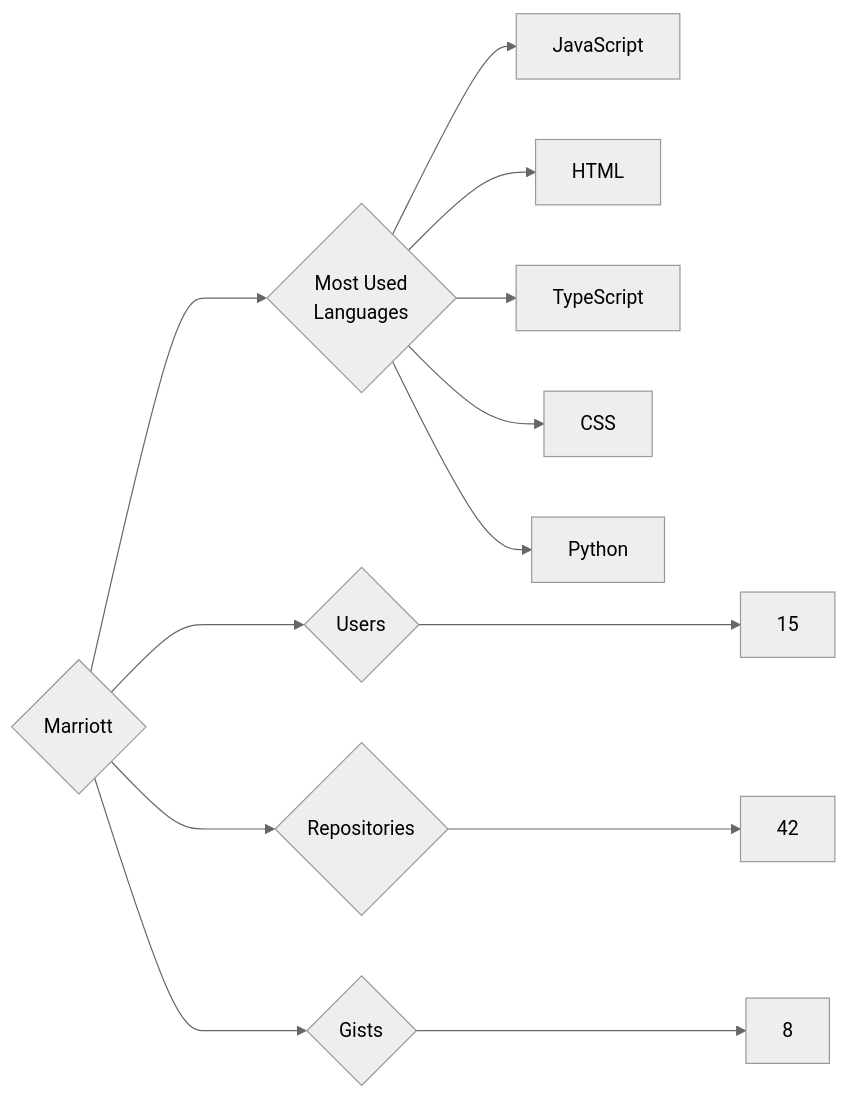
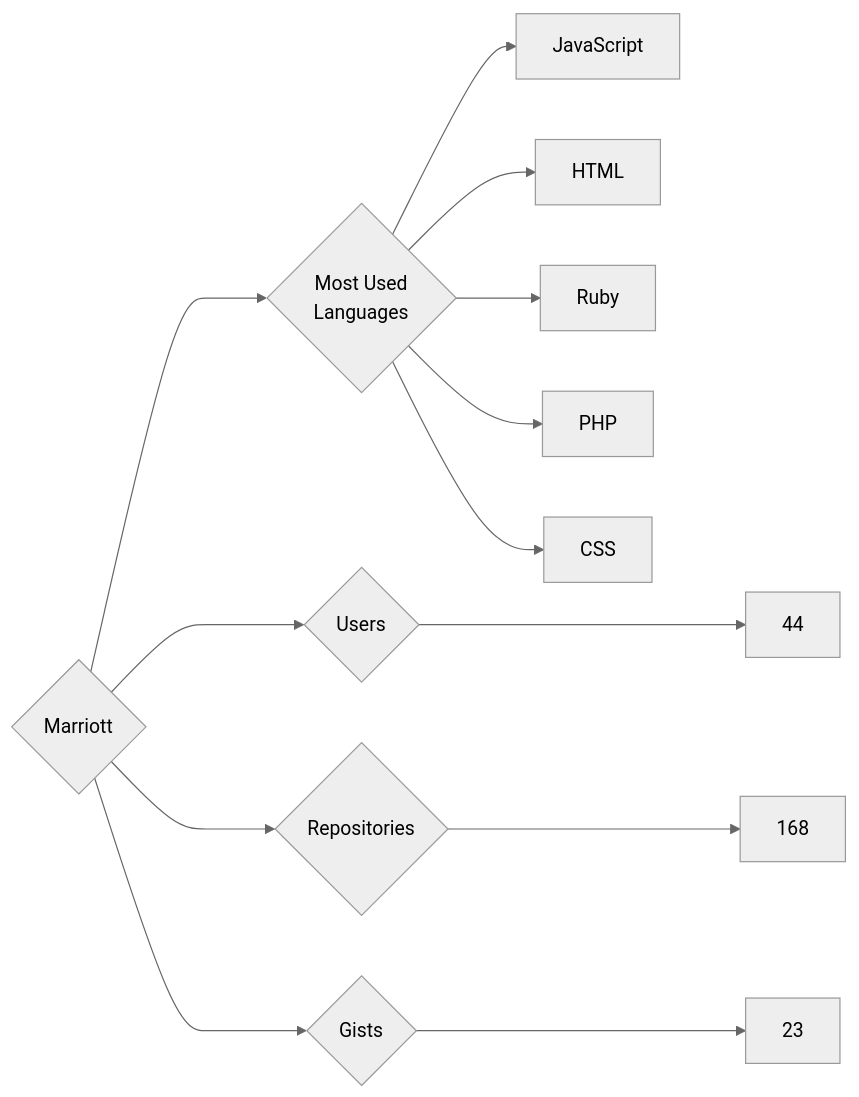
The diagram in targets/Marriott/README.md (trickest/insiders), drawn with Mermaid (neutral theme) before and after one commit. The commit also changed 964 other files, not shown here.

````diff
--- a/targets/Marriott/README.md
+++ b/targets/Marriott/README.md
@@ -3,13 +3,13 @@
 ```mermaid
 graph LR
 COMPANY_NAME{Marriott}
-COMPANY_NAME ---> U{Users} ---> UN[15]
-COMPANY_NAME ---> R{Repositories} ---> RN[42]
-COMPANY_NAME ---> G{Gists} ---> GN[8]
+COMPANY_NAME ---> U{Users} ---> UN[44]
+COMPANY_NAME ---> R{Repositories} ---> RN[168]
+COMPANY_NAME ---> G{Gists} ---> GN[23]
 COMPANY_NAME ---> ML{Most Used<br>Languages}
 ML --> JavaScript[JavaScript]
 ML --> HTML[HTML]
-ML --> TypeScript[TypeScript]
+ML --> Ruby[Ruby]
+ML --> PHP[PHP]
 ML --> CSS[CSS]
-ML --> Python[Python]
 ```
````
